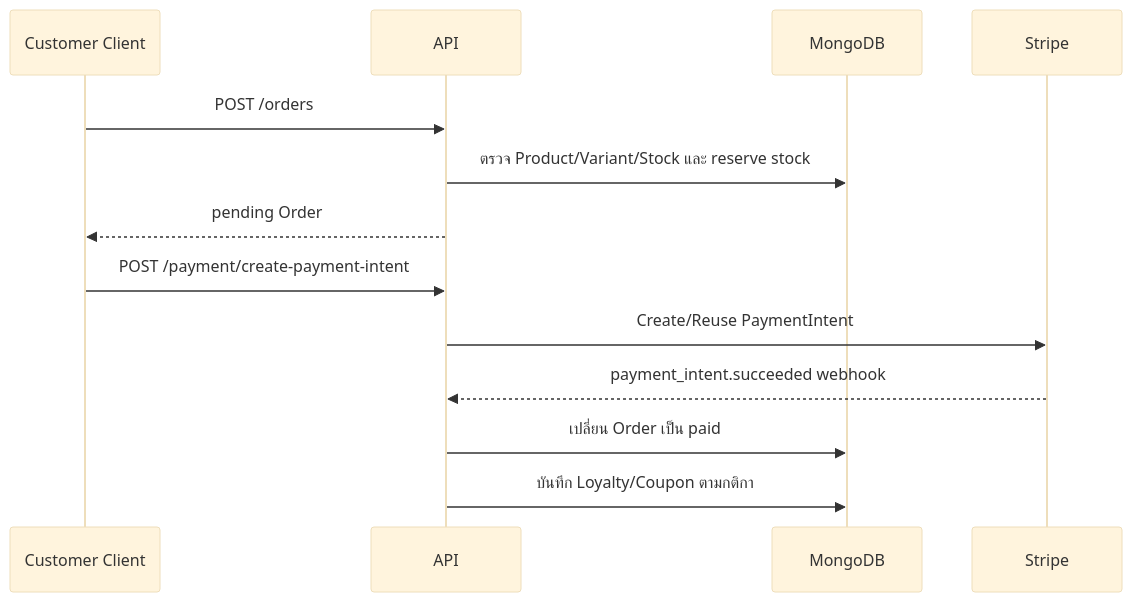
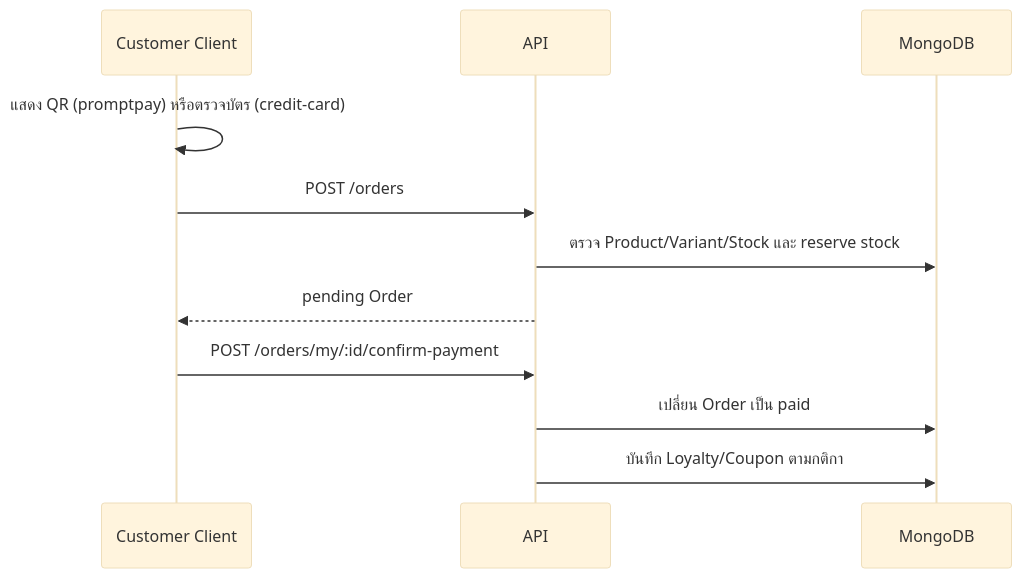
The second of 2 diagrams in docs/ARCHITECTURE.md (Bell914/jsd13-group3-HydraRanger), drawn with Mermaid (base theme) before and after one commit. The commit also changed other lines of this file and 36 other files, not shown here.

Commit message:
Feat: Replace Stripe checkout with demo PromptPay QR and card payment

````diff
--- a/docs/ARCHITECTURE.md
+++ b/docs/ARCHITECTURE.md
@@ -68,15 +69,13 @@
 ```mermaid
 sequenceDiagram
     participant C as Customer Client
     participant A as API
     participant D as MongoDB
-    participant S as Stripe
+    C->>C: แสดง QR (promptpay) หรือตรวจบัตร (credit-card)
     C->>A: POST /orders
     A->>D: ตรวจ Product/Variant/Stock และ reserve stock
     A-->>C: pending Order
-    C->>A: POST /payment/create-payment-intent
-    A->>S: Create/Reuse PaymentIntent
-    S-->>A: payment_intent.succeeded webhook
+    C->>A: POST /orders/my/:id/confirm-payment
     A->>D: เปลี่ยน Order เป็น paid
     A->>D: บันทึก Loyalty/Coupon ตามกติกา
 ```
````
